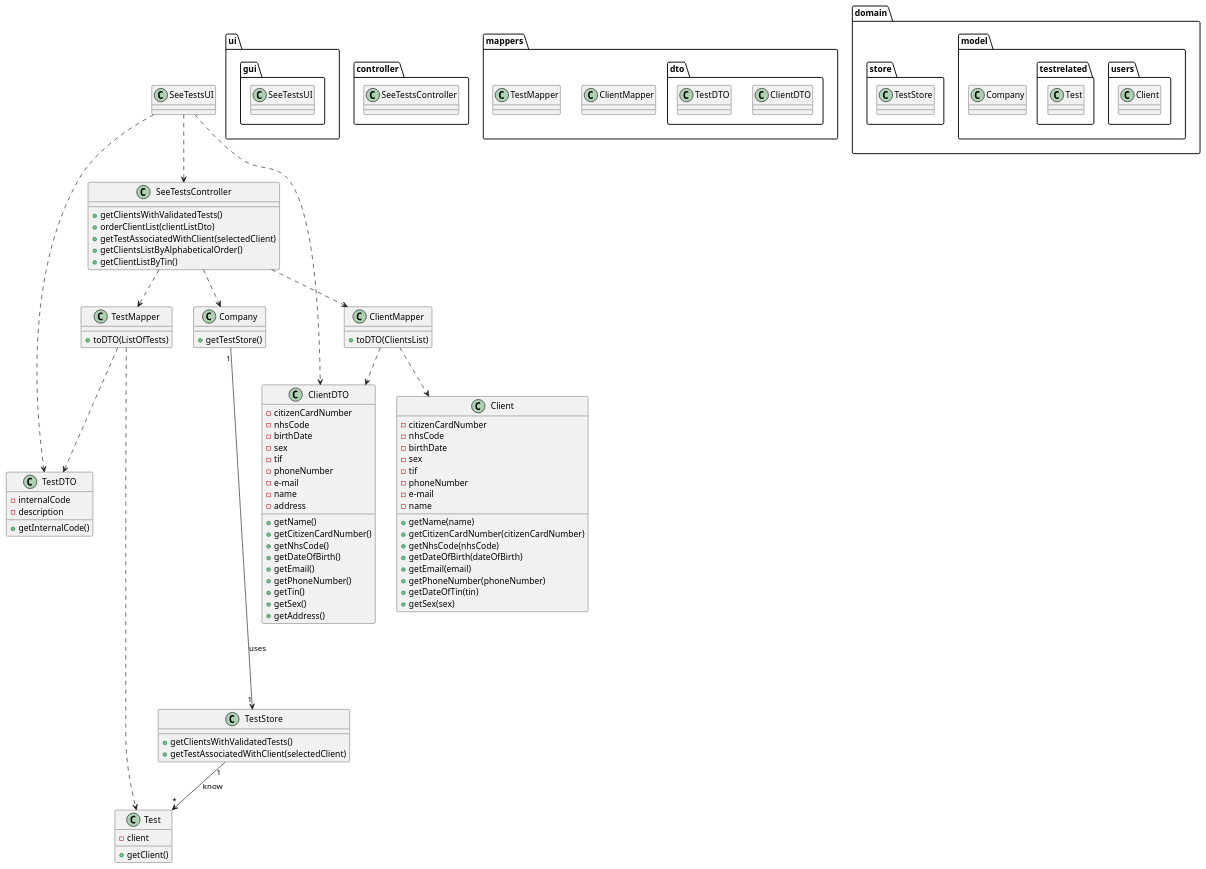
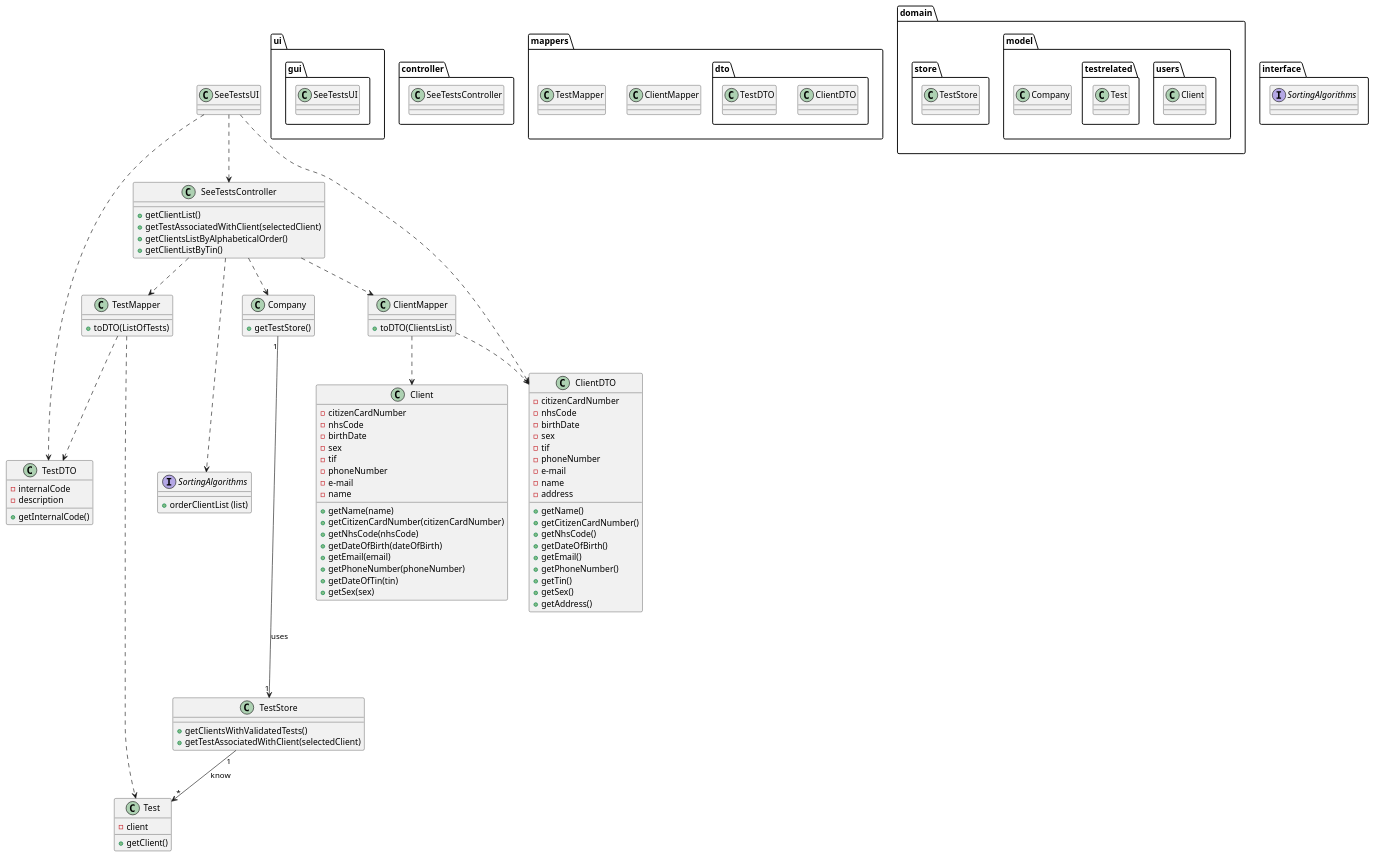
The diagram in docs/SprintD/US13/US13_CD.puml (manu-07-ela/LAPR2_ISEP), drawn with PlantUML before and after one commit. The commit also changed 4 other files, not shown here.

Commit message:
Changes in US13 artifacts and some changes in SeeTestsController and in TestStore

```diff
--- a/docs/SprintD/US13/US13_CD.puml
+++ b/docs/SprintD/US13/US13_CD.puml
@@ -1,138 +1,146 @@
 @startuml
 'https://plantuml.com/class-diagram
 package ui {
 package gui {
 class SeeTestsUI
 }
 }
 package controller {
 class SeeTestsController
 }
 
 package mappers {
 package dto {
 class ClientDTO
 class TestDTO
 }
 class ClientMapper
 class TestMapper
 }
 
 package domain {
 package model {
 package users {
 class Client
 }
 package testrelated {
 class Test
 }
 class Company
 }
 package store {
 class TestStore
 }
 }
 
+package interface {
+interface SortingAlgorithms
+}
+
 class SeeTestsUI {
 }
 
 class SeeTestsController {
-+getClientsWithValidatedTests()
-+orderClientList(clientListDto)
++getClientList()
 +getTestAssociatedWithClient(selectedClient)
 +getClientsListByAlphabeticalOrder()
 +getClientListByTin()
 
 
 }
 
 class  ClientDTO{
 -citizenCardNumber
 -nhsCode
 -birthDate
 -sex
 -tif
 -phoneNumber
 -e-mail
 -name
 -address
 
 +getName()
 +getCitizenCardNumber()
 +getNhsCode()
 +getDateOfBirth()
 +getEmail()
 +getPhoneNumber()
 +getTin()
 +getSex()
 +getAddress()
 }
 
 class TestDTO{
 -internalCode
 -description
 +getInternalCode()
 }
 
 class Company{
 +getTestStore()
 
 }
 
 
 class ClientMapper{
 +toDTO(ClientsList)
 }
 
 class TestStore{
 +getClientsWithValidatedTests()
 +getTestAssociatedWithClient(selectedClient)
 
 }
 class Client {
 -citizenCardNumber
 -nhsCode
 -birthDate
 -sex
 -tif
 -phoneNumber
 -e-mail
 -name
 
 +getName(name)
 +getCitizenCardNumber(citizenCardNumber)
 +getNhsCode(nhsCode)
 +getDateOfBirth(dateOfBirth)
 +getEmail(email)
 +getPhoneNumber(phoneNumber)
 +getDateOfTin(tin)
 +getSex(sex)
 
 
 }
 
 class TestMapper{
 +toDTO(ListOfTests)
 
 }
 
 class Test {
 -client
 +getClient()
 
 }
 
+interface SortingAlgorithms{
++orderClientList (list)
+}
+
 SeeTestsUI .> SeeTestsController
 SeeTestsUI ....> ClientDTO
 SeeTestsUI ....> TestDTO
 SeeTestsController .> TestMapper
 SeeTestsController ..> ClientMapper
 SeeTestsController ..> Company
 Company "1" ----> "1" TestStore : uses
 TestStore"1" --> "*" Test : know
 TestMapper ..> TestDTO
 TestMapper .....> Test
 ClientMapper ..> ClientDTO
 ClientMapper ..> Client
+SeeTestsController ...> SortingAlgorithms
 
 @enduml
```
